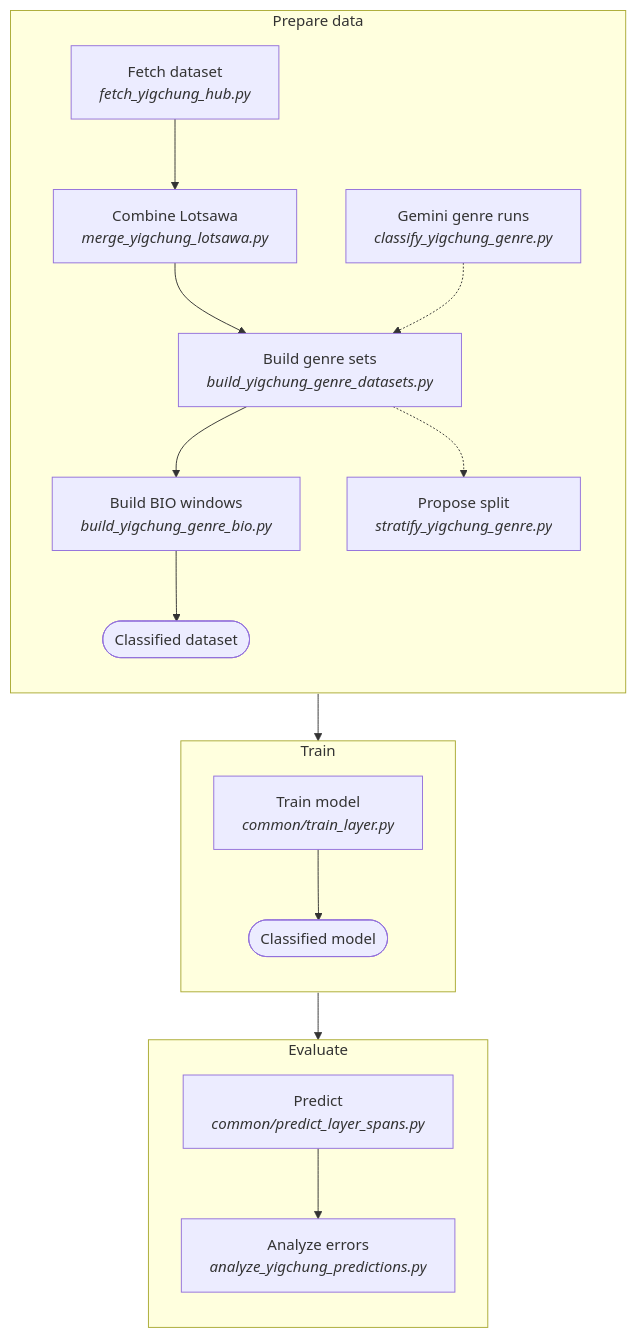
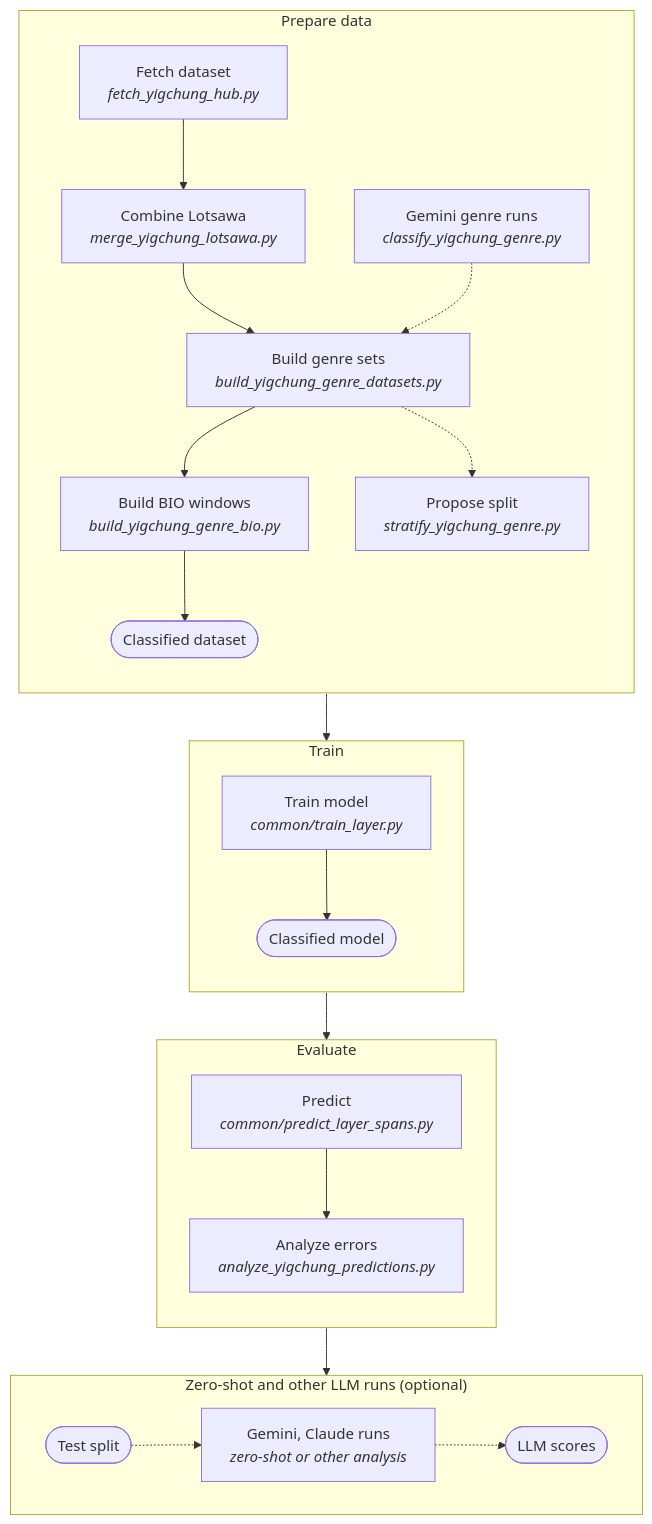
The diagram in yigchung/docs/pipeline_2.mmd (tenzinyonten/tibetan-layer-detection), drawn with Mermaid before and after one commit. The commit also changed 4 other files, not shown here.

Commit message:
Yigchung charts: optional box for zero-shot and other Gemini/LLM analysis

```diff
--- a/yigchung/docs/pipeline_2.mmd
+++ b/yigchung/docs/pipeline_2.mmd
@@ -1,21 +1,27 @@
 %%{init: {"flowchart": {"htmlLabels": false}}}%%
 flowchart TD
   subgraph PREP["Prepare data"]
     direction TB
     S1["Fetch dataset<br/><i>fetch_yigchung_hub.py</i>"] --> S2["Combine Lotsawa<br/><i>merge_yigchung_lotsawa.py</i>"]
     S2 --> S3["Build genre sets<br/><i>build_yigchung_genre_datasets.py</i>"]
     S3 --> S4["Build BIO windows<br/><i>build_yigchung_genre_bio.py</i>"]
     S4 --> F1(["Classified dataset"])
     S0["Gemini genre runs<br/><i>classify_yigchung_genre.py</i>"] -.-> S3
     S3 -.-> S5["Propose split<br/><i>stratify_yigchung_genre.py</i>"]
   end
   subgraph TRAIN["Train"]
     direction TB
     T1["Train model<br/><i>common/train_layer.py</i>"] --> F2(["Classified model"])
   end
   subgraph EVAL["Evaluate"]
     direction TB
     E1["Predict<br/><i>common/predict_layer_spans.py</i>"] --> E2["Analyze errors<br/><i>analyze_yigchung_predictions.py</i>"]
   end
+  subgraph BASE["Zero-shot and other LLM runs (optional)"]
+    direction LR
+    B2(["Test split"]) -.-> Z1["Gemini, Claude runs<br/><i>zero-shot or other analysis</i>"]
+    Z1 -.-> Z2(["LLM scores"])
+  end
   PREP --> TRAIN
   TRAIN --> EVAL
+  EVAL --> BASE
```
